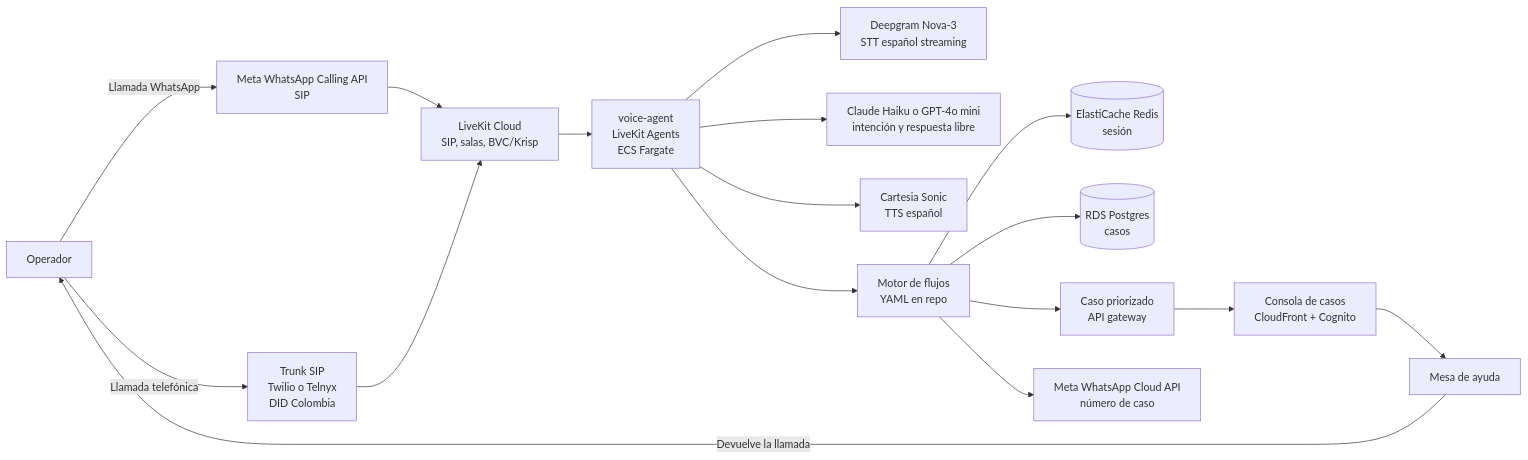
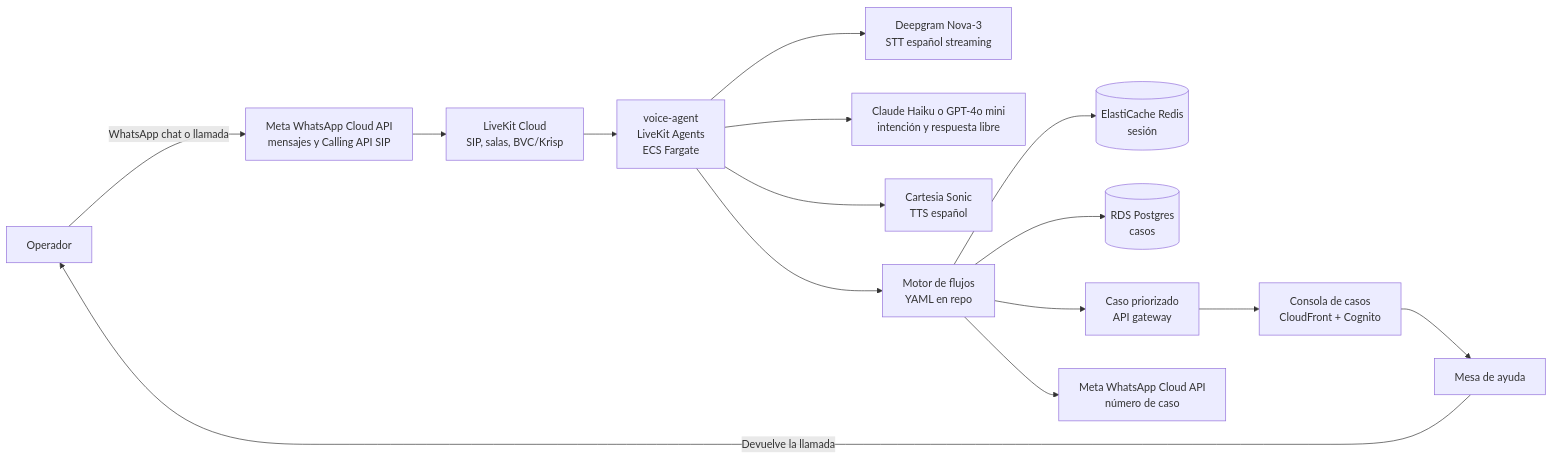
Before and after one commit to shell931/ov-ia-support-incripcion-campo: the second of 2 diagrams in docs/analisis-agente-voz.md, drawn with Mermaid. The commit also changed other lines of this file and 7 other files, not shown here.

First line of the commit message:
Dejar WhatsApp como único canal de entrada (chat y llamada).

````diff
--- a/docs/analisis-agente-voz.md
+++ b/docs/analisis-agente-voz.md
@@ -117,19 +106,17 @@
 ```mermaid
 flowchart LR
-  OP[Operador] -->|Llamada WhatsApp| META["Meta WhatsApp Calling API<br/>SIP"]
-  OP -->|Llamada telefónica| TRUNK["Trunk SIP<br/>Twilio o Telnyx<br/>DID Colombia"]
+  OP[Operador] -->|WhatsApp chat o llamada| META["Meta WhatsApp Cloud API<br/>mensajes y Calling API SIP"]
   META --> LK["LiveKit Cloud<br/>SIP, salas, BVC/Krisp"]
-  TRUNK --> LK
   LK --> VA["voice-agent<br/>LiveKit Agents<br/>ECS Fargate"]
   VA --> STT["Deepgram Nova-3<br/>STT español streaming"]
   VA --> LLM["Claude Haiku o GPT-4o mini<br/>intención y respuesta libre"]
   VA --> TTS["Cartesia Sonic<br/>TTS español"]
   VA --> FL["Motor de flujos<br/>YAML en repo"]
   FL --> RD[("ElastiCache Redis<br/>sesión")]
   FL --> PG[("RDS Postgres<br/>casos")]
   FL --> TK["Caso priorizado<br/>API gateway"]
   FL --> WA["Meta WhatsApp Cloud API<br/>número de caso"]
   TK --> CON["Consola de casos<br/>CloudFront + Cognito"]
   CON --> MESA["Mesa de ayuda"]
   MESA -->|Devuelve la llamada| OP
 ```
````
